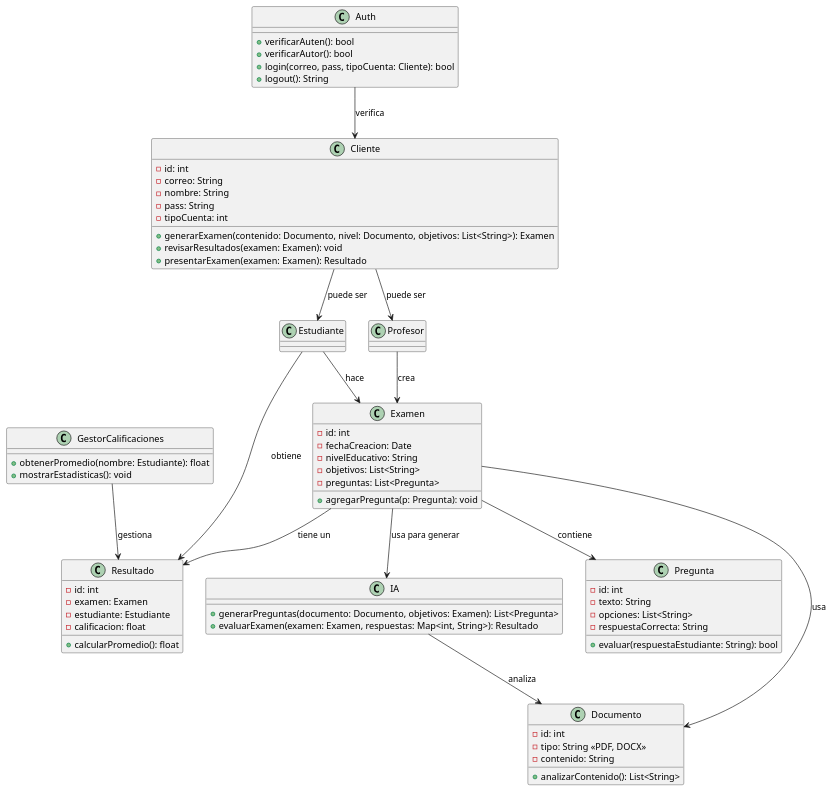
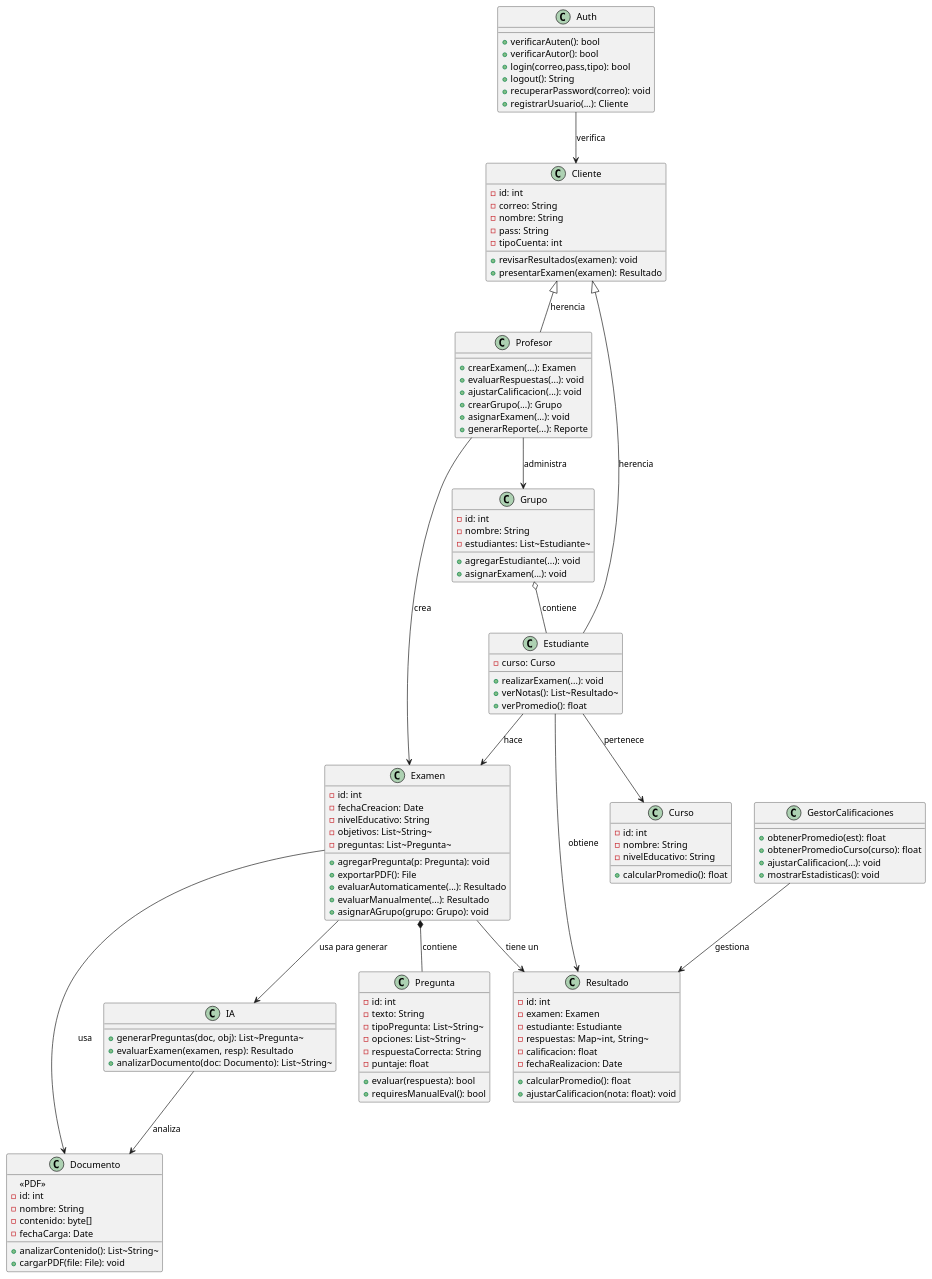
Before and after one commit to Juanb7737/calificia: the diagram in docs/analysis/diagrams/class/ClassDiagram-SistemaCalificia.plantuml, drawn with PlantUML. The commit also changed other lines of this file and 10 other files, not shown here.

```diff
--- a/docs/analysis/diagrams/class/ClassDiagram-SistemaCalificia.plantuml
+++ b/docs/analysis/diagrams/class/ClassDiagram-SistemaCalificia.plantuml
@@ -1,89 +1,131 @@
-@startuml sistemaCalificia
+@startuml calificia
 
-' Definimos los actores principales
+    ' Definición de clases
 
-Class Cliente {
-    - id: int
-    - correo: String
-    - nombre: String
-    - pass: String
-    - tipoCuenta: int
-    + generarExamen(contenido: Documento, nivel: Documento, objetivos: List<String>): Examen
-    + revisarResultados(examen: Examen): void
-    + presentarExamen(examen: Examen): Resultado
-}
+    class Cliente {
+        - id: int
+        - correo: String
+        - nombre: String
+        - pass: String
+        - tipoCuenta: int
+        + revisarResultados(examen): void
+        + presentarExamen(examen): Resultado
+    }
+    
+    class Auth {
+        + verificarAuten(): bool
+        + verificarAutor(): bool
+        + login(correo,pass,tipo): bool
+        + logout(): String
+        + recuperarPassword(correo): void
+        + registrarUsuario(...): Cliente
+    }
+    
+    class Profesor {
+        + crearExamen(...): Examen
+        + evaluarRespuestas(...): void
+        + ajustarCalificacion(...): void
+        + crearGrupo(...): Grupo
+        + asignarExamen(...): void
+        + generarReporte(...): Reporte
+    }
+    
+    class Estudiante {
+        - curso: Curso
+        + realizarExamen(...): void
+        + verNotas(): List~Resultado~
+        + verPromedio(): float
+    }
+    
+    class Grupo {
+        - id: int
+        - nombre: String
+        - estudiantes: List~Estudiante~
+        + agregarEstudiante(...): void
+        + asignarExamen(...): void
+    }
+    
+    class Curso {
+        - id: int
+        - nombre: String
+        - nivelEducativo: String
+        + calcularPromedio(): float
+    }
+    
+    class Examen {
+        - id: int
+        - fechaCreacion: Date
+        - nivelEducativo: String
+        - objetivos: List~String~
+        - preguntas: List~Pregunta~
+        + agregarPregunta(p: Pregunta): void
+        + exportarPDF(): File
+        + evaluarAutomaticamente(...): Resultado
+        + evaluarManualmente(...): Resultado
+        + asignarAGrupo(grupo: Grupo): void
+    }
+    
+    class Pregunta {
+        - id: int
+        - texto: String
+        - tipoPregunta: List~String~
+        - opciones: List~String~
+        - respuestaCorrecta: String
+        - puntaje: float
+        + evaluar(respuesta): bool
+        + requiresManualEval(): bool
+    }
+    
+    class Documento {
+        <<PDF>>
+        - id: int
+        - nombre: String
+        - contenido: byte[]
+        - fechaCarga: Date
+        + analizarContenido(): List~String~
+        + cargarPDF(file: File): void
+    }
+    
+    class IA {
+        + generarPreguntas(doc, obj): List~Pregunta~
+        + evaluarExamen(examen, resp): Resultado
+        + analizarDocumento(doc: Documento): List~String~
+    }
+    
+    class Resultado {
+        - id: int
+        - examen: Examen
+        - estudiante: Estudiante
+        - respuestas: Map~int, String~
+        - calificacion: float
+        - fechaRealizacion: Date
+        + calcularPromedio(): float
+        + ajustarCalificacion(nota: float): void
+    }
+    
+    class GestorCalificaciones {
+        + obtenerPromedio(est): float
+        + obtenerPromedioCurso(curso): float
+        + ajustarCalificacion(...): void
+        + mostrarEstadisticas(): void
+    }
+    
+    
+    ' Relaciones
+    Cliente <|-- Profesor : herencia
+    Cliente <|-- Estudiante : herencia
+    Auth --> Cliente : verifica
+    Profesor --> Examen : crea
+    Estudiante --> Resultado : obtiene
+    Examen *-- Pregunta : contiene
+    Examen --> Documento : usa
+    Examen --> IA : usa para generar
+    Examen --> Resultado : tiene un
+    GestorCalificaciones --> Resultado : gestiona
+    IA --> Documento : analiza
+    Estudiante --> Examen : hace
+    Estudiante --> Curso : pertenece
+    Grupo o-- Estudiante : contiene
+    Profesor --> Grupo : administra
 
-Class Auth {
-    + verificarAuten(): bool
-    + verificarAutor(): bool
-    + login(correo, pass, tipoCuenta: Cliente): bool
-    + logout(): String
-}
-
-class Profesor {
-}
-
-class Estudiante {
-}
-
-class Examen {
-    - id: int
-    - fechaCreacion: Date
-    - nivelEducativo: String
-    - objetivos: List<String>
-    - preguntas: List<Pregunta>
-    + agregarPregunta(p: Pregunta): void
-}
-
-class Pregunta {
-    - id: int
-    - texto: String
-    - opciones: List<String>
-    - respuestaCorrecta: String
-    + evaluar(respuestaEstudiante: String): bool
-}
-
-class Documento {
-    - id: int
-    - tipo: String <<PDF, DOCX>>
-    - contenido: String
-    + analizarContenido(): List<String>
-}
-
-class IA {
-    + generarPreguntas(documento: Documento, objetivos: Examen): List<Pregunta>
-    + evaluarExamen(examen: Examen, respuestas: Map<int, String>): Resultado
-}
-
-class Resultado {
-    - id: int
-    - examen: Examen
-    - estudiante: Estudiante
-    - calificacion: float
-    + calcularPromedio(): float
-}
-
-class GestorCalificaciones {
-    + obtenerPromedio(nombre: Estudiante): float
-    + mostrarEstadisticas(): void
-}
-
-
-
-
-
-' Relaciones
-Cliente --> Profesor : puede ser
-Cliente --> Estudiante : puede ser
-Auth --> Cliente : verifica
-Profesor --> Examen : crea
-Estudiante --> Resultado : obtiene
-Examen --> Pregunta : contiene
-Examen --> Documento : usa
-Examen --> IA : usa para generar
-Examen --> Resultado : tiene un
-GestorCalificaciones --> Resultado : gestiona
-IA --> Documento : analiza
-Estudiante --> Examen : hace
-
-@enduml
+    @enduml
```
